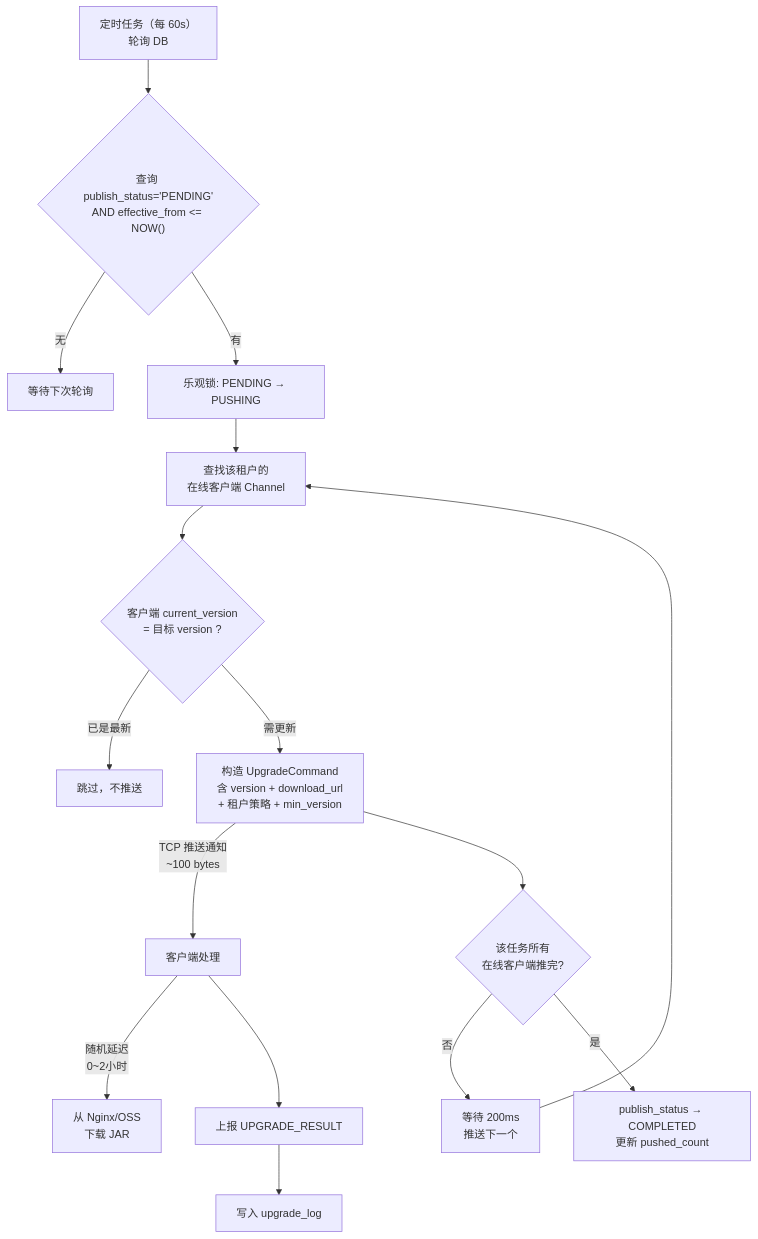
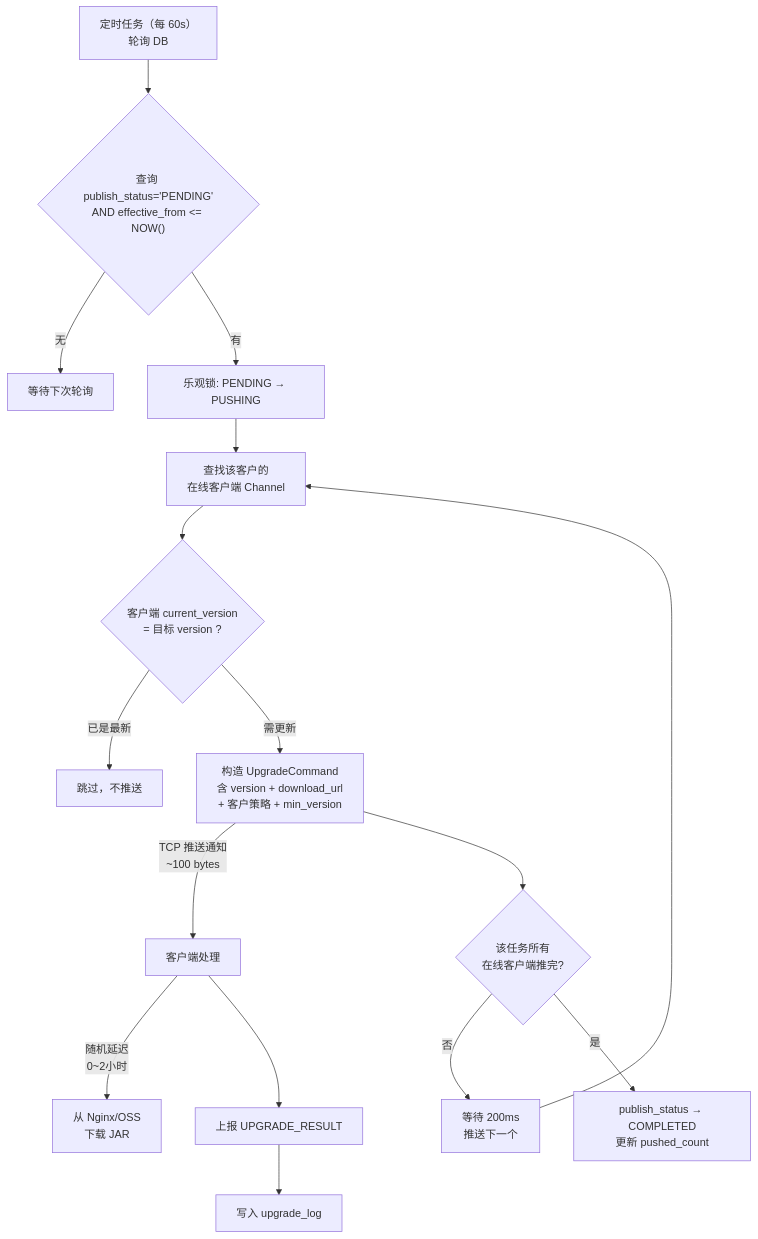
The seventh of 9 diagrams in docs/适用于生产现状的版本更新方案.md (zhangpeng3710/nettydemo), drawn with Mermaid before and after one commit. The commit also changed other lines of this file and 1 other file, not shown here.

````diff
--- a/docs/适用于生产现状的版本更新方案.md
+++ b/docs/适用于生产现状的版本更新方案.md
@@ -563,21 +558,21 @@
 ```mermaid
 flowchart TD
     POLL["定时任务（每 60s）<br/>轮询 DB"] --> QUERY{"查询 publish_status='PENDING'<br/>AND effective_from <= NOW()"}
     QUERY --> |无| WAIT[等待下次轮询]
     QUERY --> |有| LOCK["乐观锁: PENDING → PUSHING"]
-    LOCK --> FIND["查找该租户的<br/>在线客户端 Channel"]
+    LOCK --> FIND["查找该客户的<br/>在线客户端 Channel"]
     FIND --> VERSION_CHECK{"客户端 current_version<br/>= 目标 version ?"}
     VERSION_CHECK --> |已是最新| SKIP["跳过，不推送"]
-    VERSION_CHECK --> |需更新| SEND["构造 UpgradeCommand<br/>含 version + download_url<br/>+ 租户策略 + min_version"]
+    VERSION_CHECK --> |需更新| SEND["构造 UpgradeCommand<br/>含 version + download_url<br/>+ 客户策略 + min_version"]
     
     SEND --> |"TCP 推送通知<br/>~100 bytes"| CLIENT["客户端处理"]
     
     SEND --> NEXT{"该任务所有<br/>在线客户端推完?"}
     NEXT --> |否| DELAY["等待 200ms<br/>推送下一个"]
     DELAY --> FIND
     NEXT --> |是| DONE["publish_status → COMPLETED<br/>更新 pushed_count"]
     
     CLIENT --> |"随机延迟<br/>0~2小时"| DOWNLOAD["从 Nginx/OSS<br/>下载 JAR"]
     CLIENT --> REPORT["上报 UPGRADE_RESULT"]
     REPORT --> LOG["写入 upgrade_log"]
 ```
````
